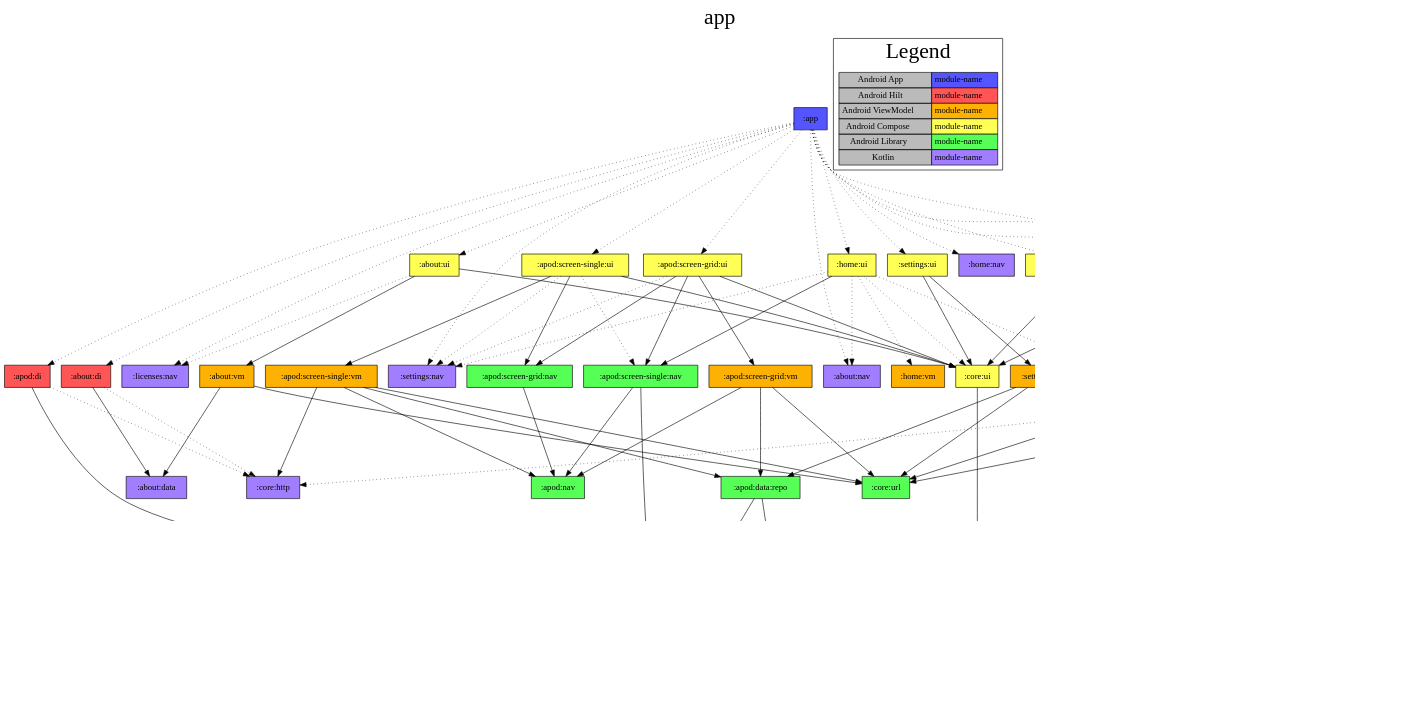
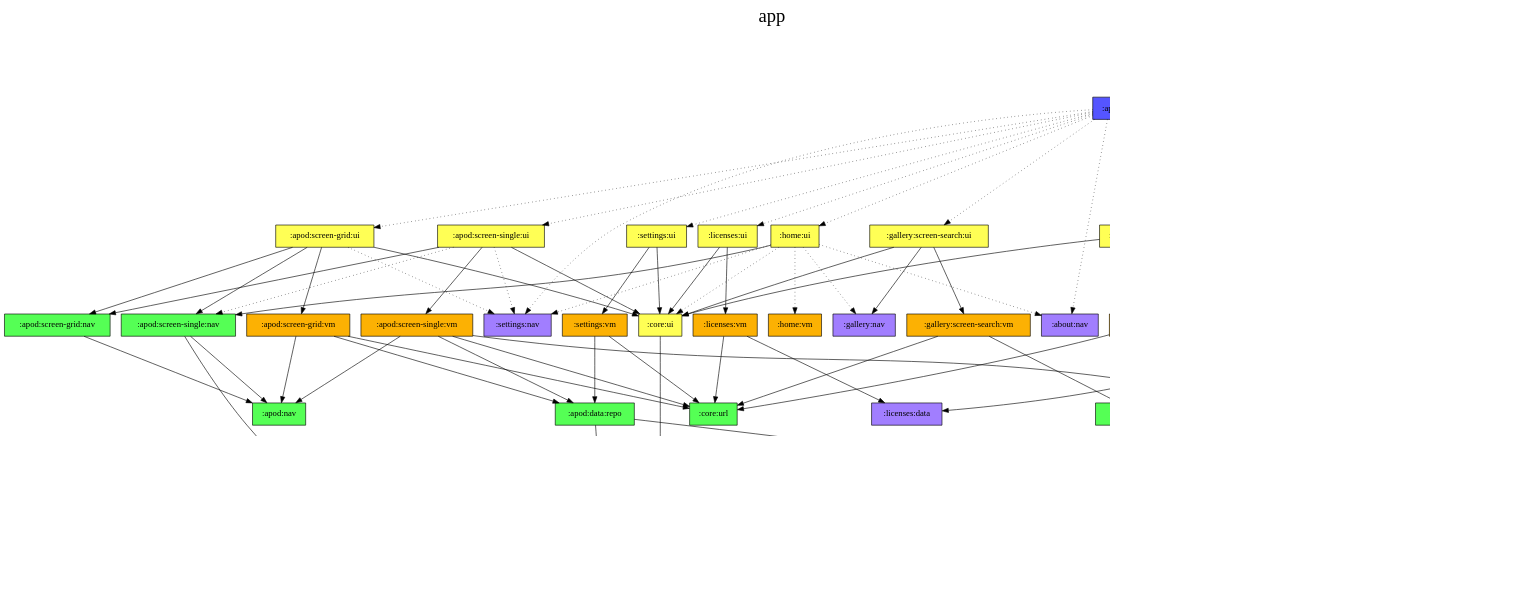
One commit to jonapoul/nasa-android changed the diagram in app/project-dependency-graph.dot. Above: the diagram before and after it, drawn with Graphviz. The commit also changed 75 other files, not shown here.

```diff
--- a/app/project-dependency-graph.dot
+++ b/app/project-dependency-graph.dot
@@ -1,140 +1,144 @@
 digraph {
 edge ["dir"="forward"]
-graph ["dpi"="100","label"="app","labelloc"="t","fontsize"="35","ranksep"="2.0"]
-node ["style"="filled","shape"="box"]
-":app" ["shape"="rectangle","fillcolor"="#5555FF"]
-":about:di" ["fillcolor"="#FF5555"]
-":about:data" ["fillcolor"="#A17EFF"]
-":core:http" ["fillcolor"="#A17EFF"]
-":about:nav" ["fillcolor"="#A17EFF"]
-":about:ui" ["fillcolor"="#FFFF55"]
-":about:vm" ["fillcolor"="#FCB103"]
-":core:url" ["fillcolor"="#55FF55"]
-":core:ui" ["fillcolor"="#FFFF55"]
-":core:model" ["fillcolor"="#A17EFF"]
-":licenses:nav" ["fillcolor"="#A17EFF"]
-":apod:di" ["fillcolor"="#FF5555"]
-":apod:data:api" ["fillcolor"="#A17EFF"]
-":apod:model" ["fillcolor"="#A17EFF"]
-":apod:screen-grid:ui" ["fillcolor"="#FFFF55"]
-":apod:screen-grid:nav" ["fillcolor"="#55FF55"]
-":apod:nav" ["fillcolor"="#55FF55"]
-":apod:screen-grid:vm" ["fillcolor"="#FCB103"]
-":apod:data:repo" ["fillcolor"="#55FF55"]
-":apod:data:db" ["fillcolor"="#A17EFF"]
-":apod:screen-single:nav" ["fillcolor"="#55FF55"]
-":settings:nav" ["fillcolor"="#A17EFF"]
-":apod:screen-single:ui" ["fillcolor"="#FFFF55"]
-":apod:screen-single:vm" ["fillcolor"="#FCB103"]
-":gallery:di" ["fillcolor"="#FF5555"]
-":gallery:data:api" ["fillcolor"="#A17EFF"]
-":gallery:model" ["fillcolor"="#A17EFF"]
-":gallery:screen-search:ui" ["fillcolor"="#FFFF55"]
-":gallery:nav" ["fillcolor"="#A17EFF"]
-":gallery:screen-search:vm" ["fillcolor"="#FCB103"]
-":gallery:data:repo" ["fillcolor"="#55FF55"]
-":gallery:data:db" ["fillcolor"="#A17EFF"]
-":home:nav" ["fillcolor"="#A17EFF"]
-":home:ui" ["fillcolor"="#FFFF55"]
-":home:vm" ["fillcolor"="#FCB103"]
-":licenses:di" ["fillcolor"="#FF5555"]
-":licenses:data" ["fillcolor"="#A17EFF"]
-":licenses:ui" ["fillcolor"="#FFFF55"]
-":licenses:vm" ["fillcolor"="#FCB103"]
-":settings:ui" ["fillcolor"="#FFFF55"]
-":settings:vm" ["fillcolor"="#FCB103"]
+graph ["dpi"="100","label"="app","labelloc"="t","fontsize"="30","ranksep"="1.5"]
+node ["style"="filled"]
+":app" ["shape"="box","fillcolor"="#5555FF"]
+":about:di" ["fillcolor"="#FF5555","shape"="box"]
+":about:data" ["fillcolor"="#A17EFF","shape"="box"]
+":core:http" ["fillcolor"="#A17EFF","shape"="box"]
+":about:nav" ["fillcolor"="#A17EFF","shape"="box"]
+":about:ui" ["fillcolor"="#FFFF55","shape"="box"]
+":about:vm" ["fillcolor"="#FCB103","shape"="box"]
+":core:url" ["fillcolor"="#55FF55","shape"="box"]
+":core:ui" ["fillcolor"="#FFFF55","shape"="box"]
+":core:model" ["fillcolor"="#A17EFF","shape"="box"]
+":licenses:nav" ["fillcolor"="#A17EFF","shape"="box"]
+":apod:di" ["fillcolor"="#FF5555","shape"="box"]
+":apod:data:api" ["fillcolor"="#A17EFF","shape"="box"]
+":apod:model" ["fillcolor"="#A17EFF","shape"="box"]
+":apod:screen-grid:ui" ["fillcolor"="#FFFF55","shape"="box"]
+":apod:screen-grid:nav" ["fillcolor"="#55FF55","shape"="box"]
+":apod:nav" ["fillcolor"="#55FF55","shape"="box"]
+":apod:screen-grid:vm" ["fillcolor"="#FCB103","shape"="box"]
+":apod:data:repo" ["fillcolor"="#55FF55","shape"="box"]
+":apod:data:db" ["fillcolor"="#A17EFF","shape"="box"]
+":apod:screen-single:nav" ["fillcolor"="#55FF55","shape"="box"]
+":settings:nav" ["fillcolor"="#A17EFF","shape"="box"]
+":apod:screen-single:ui" ["fillcolor"="#FFFF55","shape"="box"]
+":apod:screen-single:vm" ["fillcolor"="#FCB103","shape"="box"]
+":db" ["fillcolor"="#55FF55","shape"="box"]
+":gallery:data:db" ["fillcolor"="#A17EFF","shape"="box"]
+":gallery:di" ["fillcolor"="#FF5555","shape"="box"]
+":gallery:data:api" ["fillcolor"="#A17EFF","shape"="box"]
+":gallery:model" ["fillcolor"="#A17EFF","shape"="box"]
+":gallery:screen-search:ui" ["fillcolor"="#FFFF55","shape"="box"]
+":gallery:nav" ["fillcolor"="#A17EFF","shape"="box"]
+":gallery:screen-search:vm" ["fillcolor"="#FCB103","shape"="box"]
+":gallery:data:repo" ["fillcolor"="#55FF55","shape"="box"]
+":home:nav" ["fillcolor"="#A17EFF","shape"="box"]
+":home:ui" ["fillcolor"="#FFFF55","shape"="box"]
+":home:vm" ["fillcolor"="#FCB103","shape"="box"]
+":licenses:di" ["fillcolor"="#FF5555","shape"="box"]
+":licenses:data" ["fillcolor"="#A17EFF","shape"="box"]
+":licenses:ui" ["fillcolor"="#FFFF55","shape"="box"]
+":licenses:vm" ["fillcolor"="#FCB103","shape"="box"]
+":settings:ui" ["fillcolor"="#FFFF55","shape"="box"]
+":settings:vm" ["fillcolor"="#FCB103","shape"="box"]
 {
 edge ["dir"="none"]
 graph ["rank"="same"]
 ":app"
 }
 subgraph "cluster_legend" {
 edge ["dir"="none"]
-graph ["label"="Legend"]
-"Legend" ["style"="filled","fillcolor"="#bbbbbb","shape"="none","margin"="0","label"=<
+graph ["label"="Legend","fontsize"="20"]
+"Legend" ["style"="filled","fillcolor"="#bbbbbb","shape"="none","margin"="0","fontsize"="15","label"=<
 <TABLE BORDER="0" CELLBORDER="1" CELLSPACING="0" CELLPADDING="4">
 <TR><TD>Android App</TD><TD BGCOLOR="#5555FF">module-name</TD></TR>
 <TR><TD>Android Hilt</TD><TD BGCOLOR="#FF5555">module-name</TD></TR>
 <TR><TD>Android ViewModel</TD><TD BGCOLOR="#FCB103">module-name</TD></TR>
 <TR><TD>Android Compose</TD><TD BGCOLOR="#FFFF55">module-name</TD></TR>
 <TR><TD>Android Library</TD><TD BGCOLOR="#55FF55">module-name</TD></TR>
 <TR><TD>Kotlin</TD><TD BGCOLOR="#A17EFF">module-name</TD></TR>
 </TABLE>
 >]
 }
 ":app" -> ":about:di" ["style"="dotted"]
 ":app" -> ":about:nav" ["style"="dotted"]
 ":app" -> ":about:ui" ["style"="dotted"]
 ":app" -> ":apod:di" ["style"="dotted"]
 ":app" -> ":apod:screen-grid:ui" ["style"="dotted"]
 ":app" -> ":apod:screen-single:ui" ["style"="dotted"]
+":app" -> ":db" ["style"="dotted"]
 ":app" -> ":gallery:di" ["style"="dotted"]
 ":app" -> ":gallery:screen-search:ui" ["style"="dotted"]
 ":app" -> ":home:nav" ["style"="dotted"]
 ":app" -> ":home:ui" ["style"="dotted"]
 ":app" -> ":licenses:di" ["style"="dotted"]
 ":app" -> ":licenses:nav" ["style"="dotted"]
 ":app" -> ":licenses:ui" ["style"="dotted"]
 ":app" -> ":settings:nav" ["style"="dotted"]
 ":app" -> ":settings:ui" ["style"="dotted"]
 ":about:di" -> ":about:data"
 ":about:di" -> ":core:http" ["style"="dotted"]
 ":about:ui" -> ":about:vm"
 ":about:ui" -> ":core:ui"
 ":about:ui" -> ":licenses:nav" ["style"="dotted"]
 ":about:vm" -> ":about:data"
 ":about:vm" -> ":core:url"
 ":core:ui" -> ":core:model"
 ":apod:di" -> ":apod:data:api"
 ":apod:di" -> ":core:http" ["style"="dotted"]
 ":apod:data:api" -> ":apod:model"
 ":apod:data:api" -> ":core:model"
 ":apod:screen-grid:ui" -> ":apod:screen-grid:nav"
 ":apod:screen-grid:ui" -> ":apod:screen-grid:vm"
 ":apod:screen-grid:ui" -> ":apod:screen-single:nav"
 ":apod:screen-grid:ui" -> ":core:ui"
 ":apod:screen-grid:ui" -> ":settings:nav" ["style"="dotted"]
 ":apod:screen-grid:nav" -> ":apod:nav"
 ":apod:screen-grid:vm" -> ":apod:data:repo"
 ":apod:screen-grid:vm" -> ":apod:nav"
 ":apod:screen-grid:vm" -> ":core:url"
 ":apod:data:repo" -> ":apod:data:api"
 ":apod:data:repo" -> ":apod:data:db"
 ":apod:screen-single:nav" -> ":apod:model"
 ":apod:screen-single:nav" -> ":apod:nav"
 ":apod:screen-single:ui" -> ":apod:screen-grid:nav"
 ":apod:screen-single:ui" -> ":apod:screen-single:vm"
 ":apod:screen-single:ui" -> ":core:ui"
 ":apod:screen-single:ui" -> ":apod:screen-single:nav" ["style"="dotted"]
 ":apod:screen-single:ui" -> ":settings:nav" ["style"="dotted"]
 ":apod:screen-single:vm" -> ":apod:data:repo"
 ":apod:screen-single:vm" -> ":apod:nav"
 ":apod:screen-single:vm" -> ":core:http"
 ":apod:screen-single:vm" -> ":core:url"
+":db" -> ":apod:data:db"
+":db" -> ":gallery:data:db"
 ":gallery:di" -> ":gallery:data:api"
 ":gallery:di" -> ":core:http" ["style"="dotted"]
 ":gallery:di" -> ":core:model" ["style"="dotted"]
 ":gallery:data:api" -> ":gallery:model"
 ":gallery:screen-search:ui" -> ":gallery:nav"
 ":gallery:screen-search:ui" -> ":gallery:screen-search:vm"
 ":gallery:screen-search:ui" -> ":core:ui"
 ":gallery:screen-search:vm" -> ":gallery:data:repo"
 ":gallery:screen-search:vm" -> ":core:url"
 ":gallery:data:repo" -> ":gallery:data:api"
 ":gallery:data:repo" -> ":gallery:data:db"
 ":home:ui" -> ":apod:screen-single:nav"
 ":home:ui" -> ":about:nav" ["style"="dotted"]
 ":home:ui" -> ":core:ui" ["style"="dotted"]
 ":home:ui" -> ":gallery:nav" ["style"="dotted"]
 ":home:ui" -> ":home:vm" ["style"="dotted"]
 ":home:ui" -> ":settings:nav" ["style"="dotted"]
 ":licenses:di" -> ":licenses:data"
 ":licenses:ui" -> ":core:ui"
 ":licenses:ui" -> ":licenses:vm"
 ":licenses:vm" -> ":core:url"
 ":licenses:vm" -> ":licenses:data"
 ":settings:ui" -> ":core:ui"
 ":settings:ui" -> ":settings:vm"
 ":settings:vm" -> ":core:url"
 ":settings:vm" -> ":apod:data:repo"
 }
```
